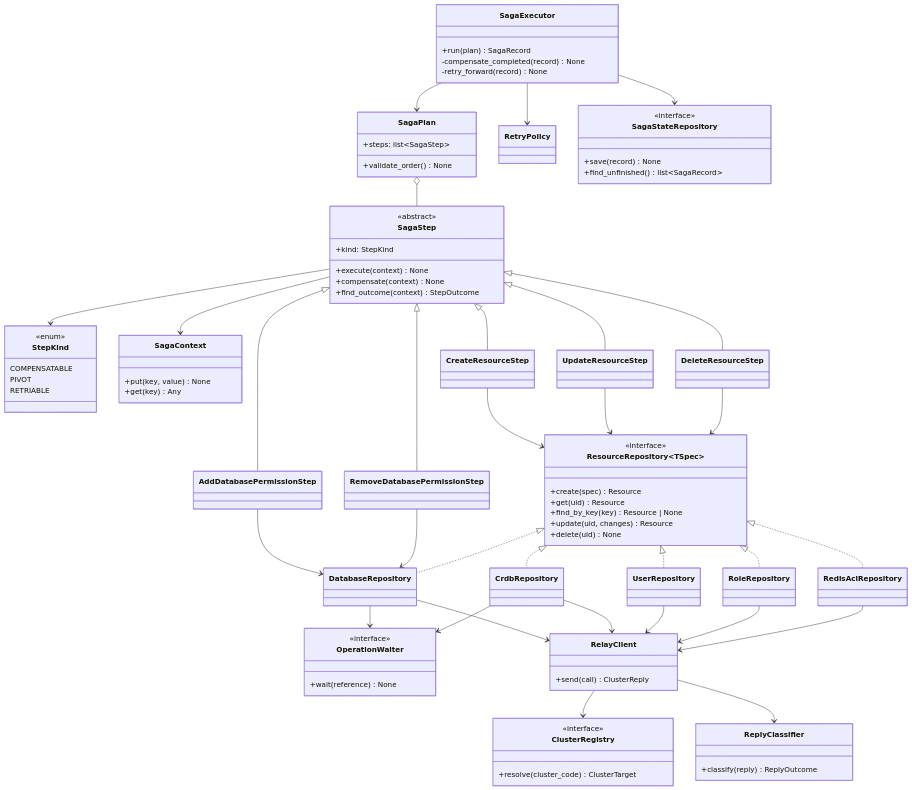
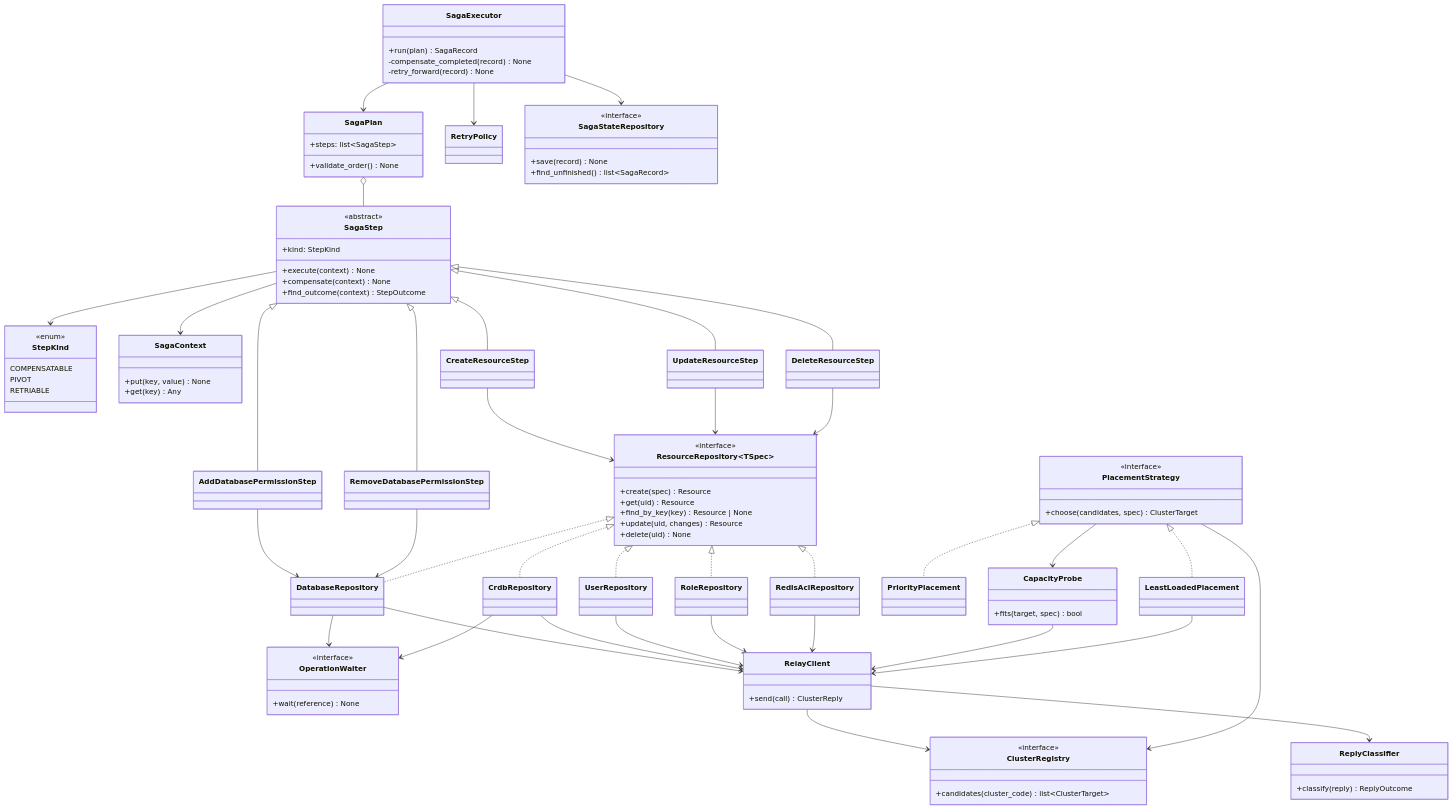
Before and after one commit to EliShteinman/redis-enterprise-services: the second of 2 diagrams in docs/design/saga.md, drawn with Mermaid. The commit also changed other lines of this file, not shown here.

Commit message:
docs(design): two placement strategies, priority and least loaded

````diff
--- a/docs/design/saga.md
+++ b/docs/design/saga.md
@@ -549,7 +560,16 @@
 
     class ClusterRegistry {
         <<interface>>
-        +resolve(cluster_code) ClusterTarget
+        +candidates(cluster_code) list~ClusterTarget~
+    }
+    class PlacementStrategy {
+        <<interface>>
+        +choose(candidates, spec) ClusterTarget
+    }
+    class PriorityPlacement
+    class LeastLoadedPlacement
+    class CapacityProbe {
+        +fits(target, spec) bool
     }
     class RelayClient {
         +send(call) ClusterReply
@@ -587,5 +607,11 @@
     RoleRepository --> RelayClient
     RedisAclRepository --> RelayClient
     RelayClient --> ClusterRegistry
+    PlacementStrategy <|.. PriorityPlacement
+    PlacementStrategy <|.. LeastLoadedPlacement
+    PlacementStrategy --> CapacityProbe
+    PlacementStrategy --> ClusterRegistry
+    CapacityProbe --> RelayClient
+    LeastLoadedPlacement --> RelayClient
     RelayClient --> ReplyClassifier
 ```
````
